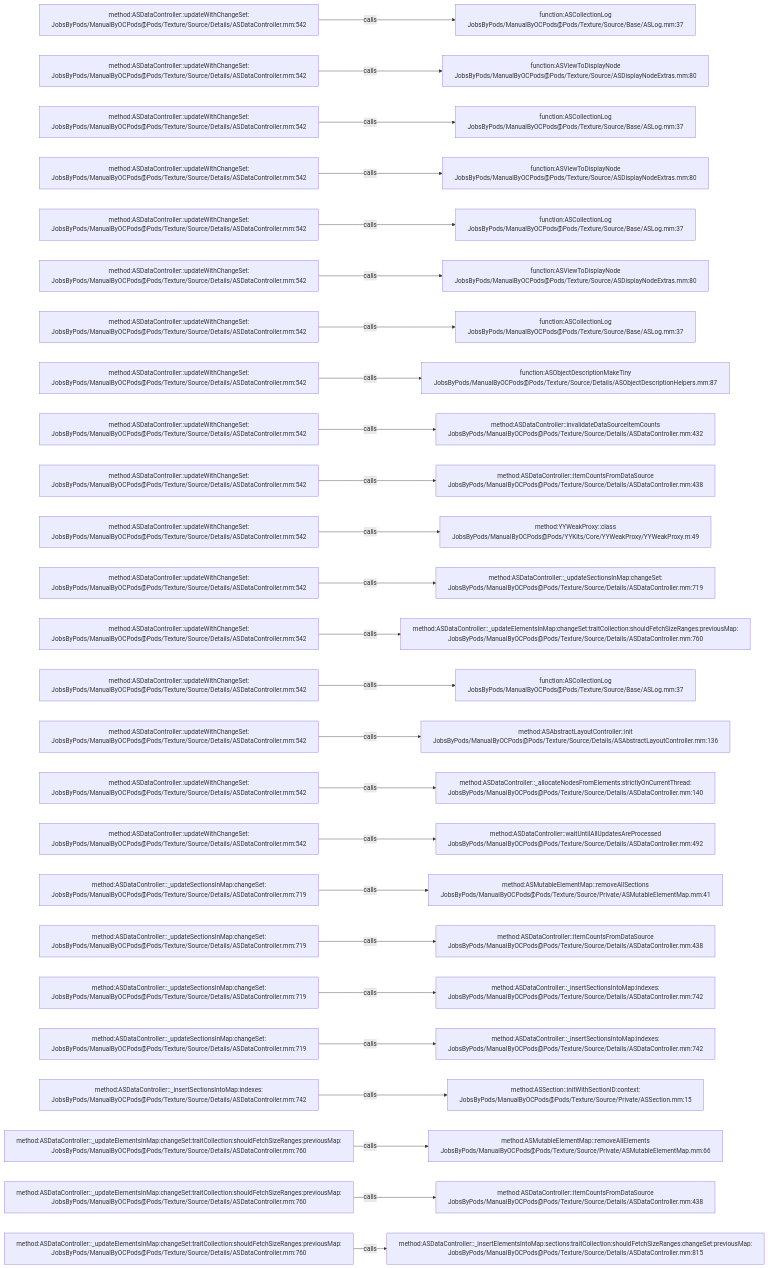
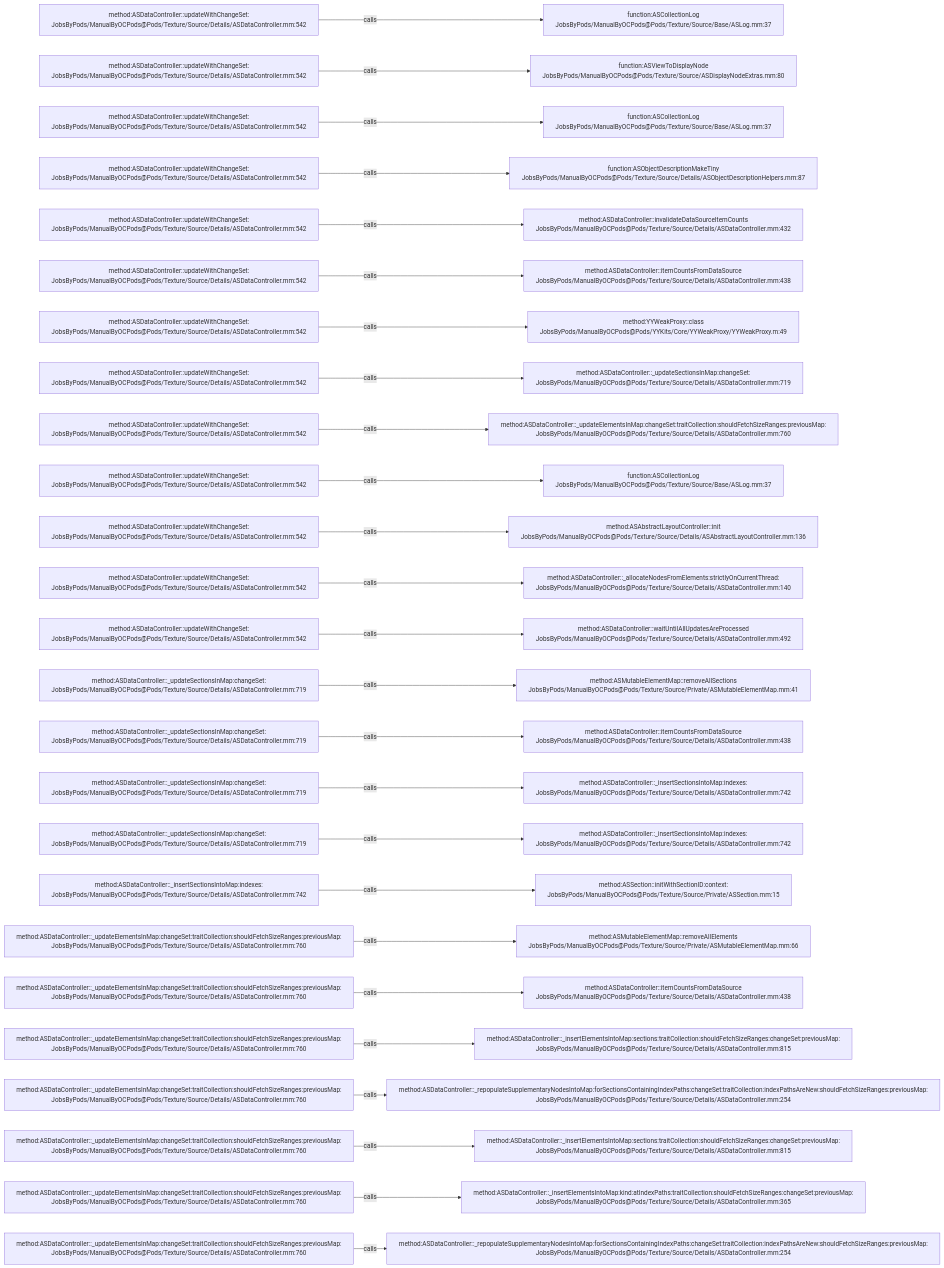
The diagram in .codegraph/codegraph.md/graphs/calls-153.md (JobsKits/JobsOCBaseConfigDemo), drawn with Mermaid before and after one commit. The commit also changed 727 other files, not shown here.

````diff
--- a/.codegraph/codegraph.md/graphs/calls-153.md
+++ b/.codegraph/codegraph.md/graphs/calls-153.md
@@ -13,78 +13,78 @@
 ```mermaid
 flowchart LR
   S1["method:ASDataController::updateWithChangeSet:<br/>JobsByPods/ManualByOCPods@Pods/Texture/Source/Details/ASDataController.mm:542"]
   T1["function:ASCollectionLog<br/>JobsByPods/ManualByOCPods@Pods/Texture/Source/Base/ASLog.mm:37"]
   S1 -->|calls| T1
   S2["method:ASDataController::updateWithChangeSet:<br/>JobsByPods/ManualByOCPods@Pods/Texture/Source/Details/ASDataController.mm:542"]
   T2["function:ASViewToDisplayNode<br/>JobsByPods/ManualByOCPods@Pods/Texture/Source/ASDisplayNodeExtras.mm:80"]
   S2 -->|calls| T2
   S3["method:ASDataController::updateWithChangeSet:<br/>JobsByPods/ManualByOCPods@Pods/Texture/Source/Details/ASDataController.mm:542"]
   T3["function:ASCollectionLog<br/>JobsByPods/ManualByOCPods@Pods/Texture/Source/Base/ASLog.mm:37"]
   S3 -->|calls| T3
   S4["method:ASDataController::updateWithChangeSet:<br/>JobsByPods/ManualByOCPods@Pods/Texture/Source/Details/ASDataController.mm:542"]
-  T4["function:ASViewToDisplayNode<br/>JobsByPods/ManualByOCPods@Pods/Texture/Source/ASDisplayNodeExtras.mm:80"]
+  T4["function:ASObjectDescriptionMakeTiny<br/>JobsByPods/ManualByOCPods@Pods/Texture/Source/Details/ASObjectDescriptionHelpers.mm:87"]
   S4 -->|calls| T4
   S5["method:ASDataController::updateWithChangeSet:<br/>JobsByPods/ManualByOCPods@Pods/Texture/Source/Details/ASDataController.mm:542"]
-  T5["function:ASCollectionLog<br/>JobsByPods/ManualByOCPods@Pods/Texture/Source/Base/ASLog.mm:37"]
+  T5["method:ASDataController::invalidateDataSourceItemCounts<br/>JobsByPods/ManualByOCPods@Pods/Texture/Source/Details/ASDataController.mm:432"]
   S5 -->|calls| T5
   S6["method:ASDataController::updateWithChangeSet:<br/>JobsByPods/ManualByOCPods@Pods/Texture/Source/Details/ASDataController.mm:542"]
-  T6["function:ASViewToDisplayNode<br/>JobsByPods/ManualByOCPods@Pods/Texture/Source/ASDisplayNodeExtras.mm:80"]
+  T6["method:ASDataController::itemCountsFromDataSource<br/>JobsByPods/ManualByOCPods@Pods/Texture/Source/Details/ASDataController.mm:438"]
   S6 -->|calls| T6
   S7["method:ASDataController::updateWithChangeSet:<br/>JobsByPods/ManualByOCPods@Pods/Texture/Source/Details/ASDataController.mm:542"]
-  T7["function:ASCollectionLog<br/>JobsByPods/ManualByOCPods@Pods/Texture/Source/Base/ASLog.mm:37"]
+  T7["method:YYWeakProxy::class<br/>JobsByPods/ManualByOCPods@Pods/YYKits/Core/YYWeakProxy/YYWeakProxy.m:49"]
   S7 -->|calls| T7
   S8["method:ASDataController::updateWithChangeSet:<br/>JobsByPods/ManualByOCPods@Pods/Texture/Source/Details/ASDataController.mm:542"]
-  T8["function:ASObjectDescriptionMakeTiny<br/>JobsByPods/ManualByOCPods@Pods/Texture/Source/Details/ASObjectDescriptionHelpers.mm:87"]
+  T8["method:ASDataController::_updateSectionsInMap:changeSet:<br/>JobsByPods/ManualByOCPods@Pods/Texture/Source/Details/ASDataController.mm:719"]
   S8 -->|calls| T8
   S9["method:ASDataController::updateWithChangeSet:<br/>JobsByPods/ManualByOCPods@Pods/Texture/Source/Details/ASDataController.mm:542"]
-  T9["method:ASDataController::invalidateDataSourceItemCounts<br/>JobsByPods/ManualByOCPods@Pods/Texture/Source/Details/ASDataController.mm:432"]
+  T9["method:ASDataController::_updateElementsInMap:changeSet:traitCollection:shouldFetchSizeRanges:previousMap:<br/>JobsByPods/ManualByOCPods@Pods/Texture/Source/Details/ASDataController.mm:760"]
   S9 -->|calls| T9
   S10["method:ASDataController::updateWithChangeSet:<br/>JobsByPods/ManualByOCPods@Pods/Texture/Source/Details/ASDataController.mm:542"]
-  T10["method:ASDataController::itemCountsFromDataSource<br/>JobsByPods/ManualByOCPods@Pods/Texture/Source/Details/ASDataController.mm:438"]
+  T10["function:ASCollectionLog<br/>JobsByPods/ManualByOCPods@Pods/Texture/Source/Base/ASLog.mm:37"]
   S10 -->|calls| T10
   S11["method:ASDataController::updateWithChangeSet:<br/>JobsByPods/ManualByOCPods@Pods/Texture/Source/Details/ASDataController.mm:542"]
-  T11["method:YYWeakProxy::class<br/>JobsByPods/ManualByOCPods@Pods/YYKits/Core/YYWeakProxy/YYWeakProxy.m:49"]
+  T11["method:ASAbstractLayoutController::init<br/>JobsByPods/ManualByOCPods@Pods/Texture/Source/Details/ASAbstractLayoutController.mm:136"]
   S11 -->|calls| T11
   S12["method:ASDataController::updateWithChangeSet:<br/>JobsByPods/ManualByOCPods@Pods/Texture/Source/Details/ASDataController.mm:542"]
-  T12["method:ASDataController::_updateSectionsInMap:changeSet:<br/>JobsByPods/ManualByOCPods@Pods/Texture/Source/Details/ASDataController.mm:719"]
+  T12["method:ASDataController::_allocateNodesFromElements:strictlyOnCurrentThread:<br/>JobsByPods/ManualByOCPods@Pods/Texture/Source/Details/ASDataController.mm:140"]
   S12 -->|calls| T12
   S13["method:ASDataController::updateWithChangeSet:<br/>JobsByPods/ManualByOCPods@Pods/Texture/Source/Details/ASDataController.mm:542"]
-  T13["method:ASDataController::_updateElementsInMap:changeSet:traitCollection:shouldFetchSizeRanges:previousMap:<br/>JobsByPods/ManualByOCPods@Pods/Texture/Source/Details/ASDataController.mm:760"]
+  T13["method:ASDataController::waitUntilAllUpdatesAreProcessed<br/>JobsByPods/ManualByOCPods@Pods/Texture/Source/Details/ASDataController.mm:492"]
   S13 -->|calls| T13
-  S14["method:ASDataController::updateWithChangeSet:<br/>JobsByPods/ManualByOCPods@Pods/Texture/Source/Details/ASDataController.mm:542"]
-  T14["function:ASCollectionLog<br/>JobsByPods/ManualByOCPods@Pods/Texture/Source/Base/ASLog.mm:37"]
+  S14["method:ASDataController::_updateSectionsInMap:changeSet:<br/>JobsByPods/ManualByOCPods@Pods/Texture/Source/Details/ASDataController.mm:719"]
+  T14["method:ASMutableElementMap::removeAllSections<br/>JobsByPods/ManualByOCPods@Pods/Texture/Source/Private/ASMutableElementMap.mm:41"]
   S14 -->|calls| T14
-  S15["method:ASDataController::updateWithChangeSet:<br/>JobsByPods/ManualByOCPods@Pods/Texture/Source/Details/ASDataController.mm:542"]
-  T15["method:ASAbstractLayoutController::init<br/>JobsByPods/ManualByOCPods@Pods/Texture/Source/Details/ASAbstractLayoutController.mm:136"]
+  S15["method:ASDataController::_updateSectionsInMap:changeSet:<br/>JobsByPods/ManualByOCPods@Pods/Texture/Source/Details/ASDataController.mm:719"]
+  T15["method:ASDataController::itemCountsFromDataSource<br/>JobsByPods/ManualByOCPods@Pods/Texture/Source/Details/ASDataController.mm:438"]
   S15 -->|calls| T15
-  S16["method:ASDataController::updateWithChangeSet:<br/>JobsByPods/ManualByOCPods@Pods/Texture/Source/Details/ASDataController.mm:542"]
-  T16["method:ASDataController::_allocateNodesFromElements:strictlyOnCurrentThread:<br/>JobsByPods/ManualByOCPods@Pods/Texture/Source/Details/ASDataController.mm:140"]
+  S16["method:ASDataController::_updateSectionsInMap:changeSet:<br/>JobsByPods/ManualByOCPods@Pods/Texture/Source/Details/ASDataController.mm:719"]
+  T16["method:ASDataController::_insertSectionsIntoMap:indexes:<br/>JobsByPods/ManualByOCPods@Pods/Texture/Source/Details/ASDataController.mm:742"]
   S16 -->|calls| T16
-  S17["method:ASDataController::updateWithChangeSet:<br/>JobsByPods/ManualByOCPods@Pods/Texture/Source/Details/ASDataController.mm:542"]
-  T17["method:ASDataController::waitUntilAllUpdatesAreProcessed<br/>JobsByPods/ManualByOCPods@Pods/Texture/Source/Details/ASDataController.mm:492"]
+  S17["method:ASDataController::_updateSectionsInMap:changeSet:<br/>JobsByPods/ManualByOCPods@Pods/Texture/Source/Details/ASDataController.mm:719"]
+  T17["method:ASDataController::_insertSectionsIntoMap:indexes:<br/>JobsByPods/ManualByOCPods@Pods/Texture/Source/Details/ASDataController.mm:742"]
   S17 -->|calls| T17
-  S18["method:ASDataController::_updateSectionsInMap:changeSet:<br/>JobsByPods/ManualByOCPods@Pods/Texture/Source/Details/ASDataController.mm:719"]
-  T18["method:ASMutableElementMap::removeAllSections<br/>JobsByPods/ManualByOCPods@Pods/Texture/Source/Private/ASMutableElementMap.mm:41"]
+  S18["method:ASDataController::_insertSectionsIntoMap:indexes:<br/>JobsByPods/ManualByOCPods@Pods/Texture/Source/Details/ASDataController.mm:742"]
+  T18["method:ASSection::initWithSectionID:context:<br/>JobsByPods/ManualByOCPods@Pods/Texture/Source/Private/ASSection.mm:15"]
   S18 -->|calls| T18
-  S19["method:ASDataController::_updateSectionsInMap:changeSet:<br/>JobsByPods/ManualByOCPods@Pods/Texture/Source/Details/ASDataController.mm:719"]
-  T19["method:ASDataController::itemCountsFromDataSource<br/>JobsByPods/ManualByOCPods@Pods/Texture/Source/Details/ASDataController.mm:438"]
+  S19["method:ASDataController::_updateElementsInMap:changeSet:traitCollection:shouldFetchSizeRanges:previousMap:<br/>JobsByPods/ManualByOCPods@Pods/Texture/Source/Details/ASDataController.mm:760"]
+  T19["method:ASMutableElementMap::removeAllElements<br/>JobsByPods/ManualByOCPods@Pods/Texture/Source/Private/ASMutableElementMap.mm:66"]
   S19 -->|calls| T19
-  S20["method:ASDataController::_updateSectionsInMap:changeSet:<br/>JobsByPods/ManualByOCPods@Pods/Texture/Source/Details/ASDataController.mm:719"]
-  T20["method:ASDataController::_insertSectionsIntoMap:indexes:<br/>JobsByPods/ManualByOCPods@Pods/Texture/Source/Details/ASDataController.mm:742"]
+  S20["method:ASDataController::_updateElementsInMap:changeSet:traitCollection:shouldFetchSizeRanges:previousMap:<br/>JobsByPods/ManualByOCPods@Pods/Texture/Source/Details/ASDataController.mm:760"]
+  T20["method:ASDataController::itemCountsFromDataSource<br/>JobsByPods/ManualByOCPods@Pods/Texture/Source/Details/ASDataController.mm:438"]
   S20 -->|calls| T20
-  S21["method:ASDataController::_updateSectionsInMap:changeSet:<br/>JobsByPods/ManualByOCPods@Pods/Texture/Source/Details/ASDataController.mm:719"]
-  T21["method:ASDataController::_insertSectionsIntoMap:indexes:<br/>JobsByPods/ManualByOCPods@Pods/Texture/Source/Details/ASDataController.mm:742"]
+  S21["method:ASDataController::_updateElementsInMap:changeSet:traitCollection:shouldFetchSizeRanges:previousMap:<br/>JobsByPods/ManualByOCPods@Pods/Texture/Source/Details/ASDataController.mm:760"]
+  T21["method:ASDataController::_insertElementsIntoMap:sections:traitCollection:shouldFetchSizeRanges:changeSet:previousMap:<br/>JobsByPods/ManualByOCPods@Pods/Texture/Source/Details/ASDataController.mm:815"]
   S21 -->|calls| T21
-  S22["method:ASDataController::_insertSectionsIntoMap:indexes:<br/>JobsByPods/ManualByOCPods@Pods/Texture/Source/Details/ASDataController.mm:742"]
-  T22["method:ASSection::initWithSectionID:context:<br/>JobsByPods/ManualByOCPods@Pods/Texture/Source/Private/ASSection.mm:15"]
+  S22["method:ASDataController::_updateElementsInMap:changeSet:traitCollection:shouldFetchSizeRanges:previousMap:<br/>JobsByPods/ManualByOCPods@Pods/Texture/Source/Details/ASDataController.mm:760"]
+  T22["method:ASDataController::_repopulateSupplementaryNodesIntoMap:forSectionsContainingIndexPaths:changeSet:traitCollection:indexPathsAreNew:shouldFetchSizeRanges:previousMap:<br/>JobsByPods/ManualByOCPods@Pods/Texture/Source/Details/ASDataController.mm:254"]
   S22 -->|calls| T22
   S23["method:ASDataController::_updateElementsInMap:changeSet:traitCollection:shouldFetchSizeRanges:previousMap:<br/>JobsByPods/ManualByOCPods@Pods/Texture/Source/Details/ASDataController.mm:760"]
-  T23["method:ASMutableElementMap::removeAllElements<br/>JobsByPods/ManualByOCPods@Pods/Texture/Source/Private/ASMutableElementMap.mm:66"]
+  T23["method:ASDataController::_insertElementsIntoMap:sections:traitCollection:shouldFetchSizeRanges:changeSet:previousMap:<br/>JobsByPods/ManualByOCPods@Pods/Texture/Source/Details/ASDataController.mm:815"]
   S23 -->|calls| T23
   S24["method:ASDataController::_updateElementsInMap:changeSet:traitCollection:shouldFetchSizeRanges:previousMap:<br/>JobsByPods/ManualByOCPods@Pods/Texture/Source/Details/ASDataController.mm:760"]
-  T24["method:ASDataController::itemCountsFromDataSource<br/>JobsByPods/ManualByOCPods@Pods/Texture/Source/Details/ASDataController.mm:438"]
+  T24["method:ASDataController::_insertElementsIntoMap:kind:atIndexPaths:traitCollection:shouldFetchSizeRanges:changeSet:previousMap:<br/>JobsByPods/ManualByOCPods@Pods/Texture/Source/Details/ASDataController.mm:365"]
   S24 -->|calls| T24
   S25["method:ASDataController::_updateElementsInMap:changeSet:traitCollection:shouldFetchSizeRanges:previousMap:<br/>JobsByPods/ManualByOCPods@Pods/Texture/Source/Details/ASDataController.mm:760"]
-  T25["method:ASDataController::_insertElementsIntoMap:sections:traitCollection:shouldFetchSizeRanges:changeSet:previousMap:<br/>JobsByPods/ManualByOCPods@Pods/Texture/Source/Details/ASDataController.mm:815"]
+  T25["method:ASDataController::_repopulateSupplementaryNodesIntoMap:forSectionsContainingIndexPaths:changeSet:traitCollection:indexPathsAreNew:shouldFetchSizeRanges:previousMap:<br/>JobsByPods/ManualByOCPods@Pods/Texture/Source/Details/ASDataController.mm:254"]
   S25 -->|calls| T25
 ```
````
